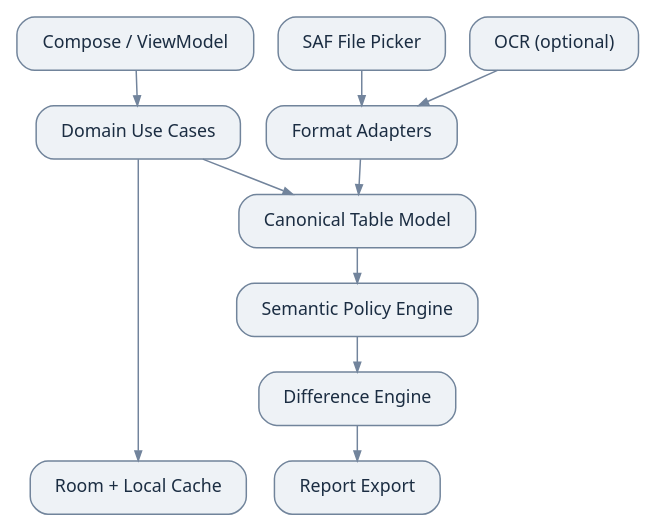
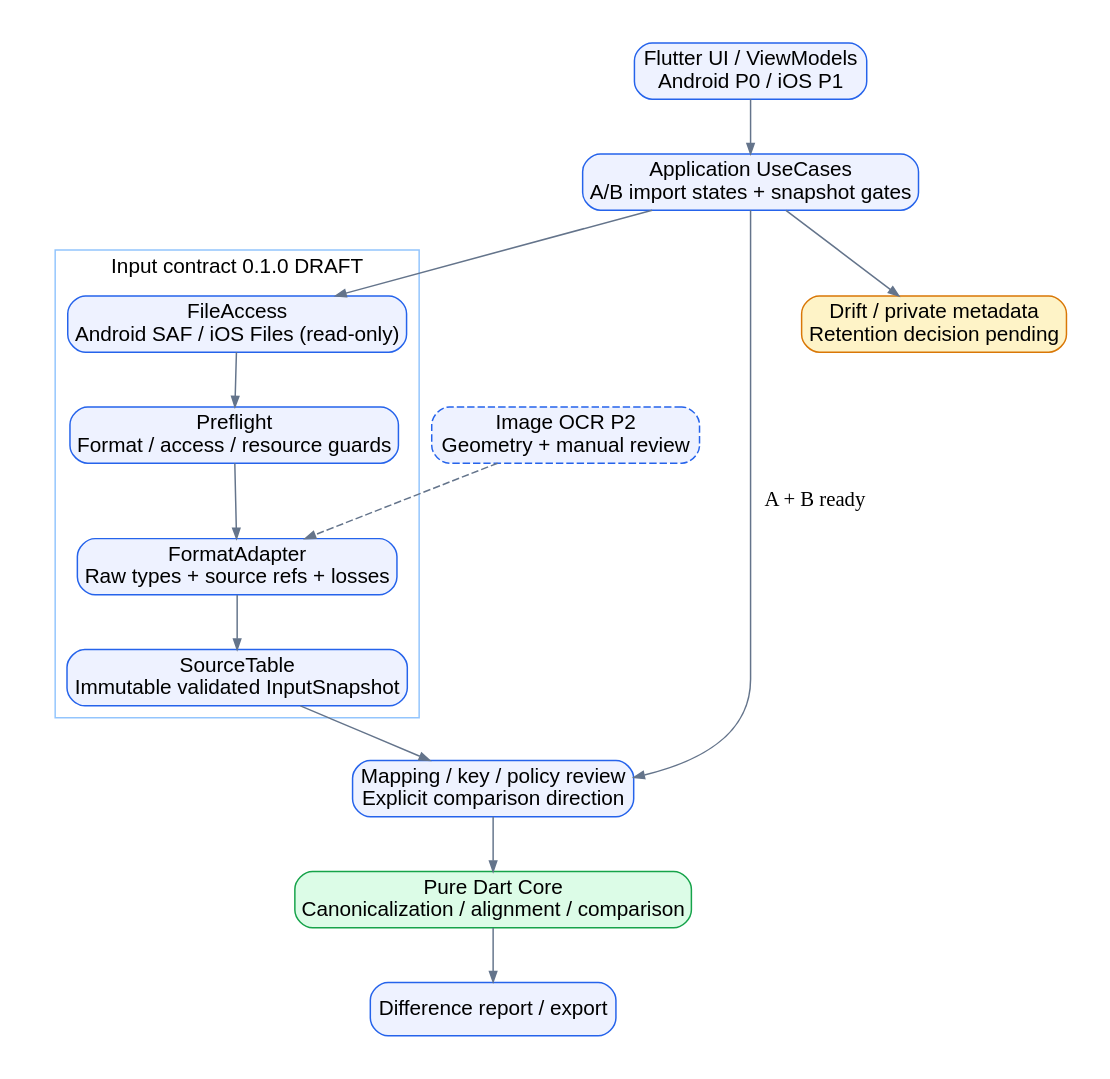
The diagram in docs-dytava/diagrams/architecture.dot (nmtrucworking/dytava), drawn with Graphviz before and after one commit. The commit also changed 98 other files, not shown here.

First line of the commit message:
Add JSON schemas for source references and source tables; implement validation scripts

```diff
--- a/docs-dytava/diagrams/architecture.dot
+++ b/docs-dytava/diagrams/architecture.dot
@@ -1,4 +1,23 @@
-digraph G {
- graph [rankdir=TB, fontname="Noto Sans", bgcolor="white", nodesep=0.22, ranksep=0.33]; node [fontname="Noto Sans", style="rounded,filled", shape=box, fillcolor="#EEF2F6", color="#71849B", fontcolor="#1B2D42", fontsize=12, margin="0.22,0.12"]; edge [color="#72849C", arrowsize=0.65];
- "Compose / ViewModel" -> "Domain Use Cases"; "Domain Use Cases" -> "Canonical Table Model"; "Canonical Table Model" -> "Semantic Policy Engine"; "Semantic Policy Engine" -> "Difference Engine"; "Difference Engine" -> "Report Export"; "SAF File Picker" -> "Format Adapters"; "OCR (optional)" -> "Format Adapters"; "Format Adapters" -> "Canonical Table Model"; "Domain Use Cases" -> "Room + Local Cache"; {rank=same; "SAF File Picker"; "OCR (optional)";} {rank=same; "Report Export"; "Room + Local Cache";}
+digraph Dytava {
+  graph [rankdir=TB, fontname="Arial", bgcolor="white", pad=0.3, nodesep=0.3];
+  node [fontname="Arial", shape=box, style="rounded,filled", fillcolor="#EEF2FF", color="#2563EB"];
+  edge [color="#64748B", arrowsize=0.7];
+  ui [label="Flutter UI / ViewModels\nAndroid P0 / iOS P1"];
+  app [label="Application UseCases\nA/B import states + snapshot gates"];
+  files [label="FileAccess\nAndroid SAF / iOS Files (read-only)"];
+  preflight [label="Preflight\nFormat / access / resource guards"];
+  adapter [label="FormatAdapter\nRaw types + source refs + losses"];
+  tables [label="SourceTable\nImmutable validated InputSnapshot"];
+  review [label="Mapping / key / policy review\nExplicit comparison direction"];
+  core [label="Pure Dart Core\nCanonicalization / alignment / comparison", fillcolor="#DCFCE7", color="#16A34A"];
+  report [label="Difference report / export"];
+  storage [label="Drift / private metadata\nRetention decision pending", fillcolor="#FEF3C7", color="#D97706"];
+  ocr [label="Image OCR P2\nGeometry + manual review", style="rounded,filled,dashed"];
+  ui -> app;
+  app -> files;
+  files -> preflight -> adapter -> tables -> review -> core -> report;
+  app -> storage;
+  ocr -> adapter [style=dashed];
+  app -> review [label="A + B ready"];
+  subgraph cluster_input { label="Input contract 0.1.0 DRAFT"; color="#93C5FD"; files; preflight; adapter; tables; }
 }
```
